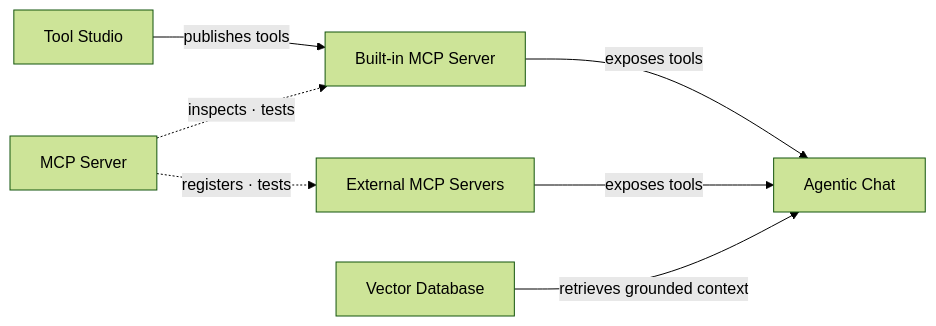
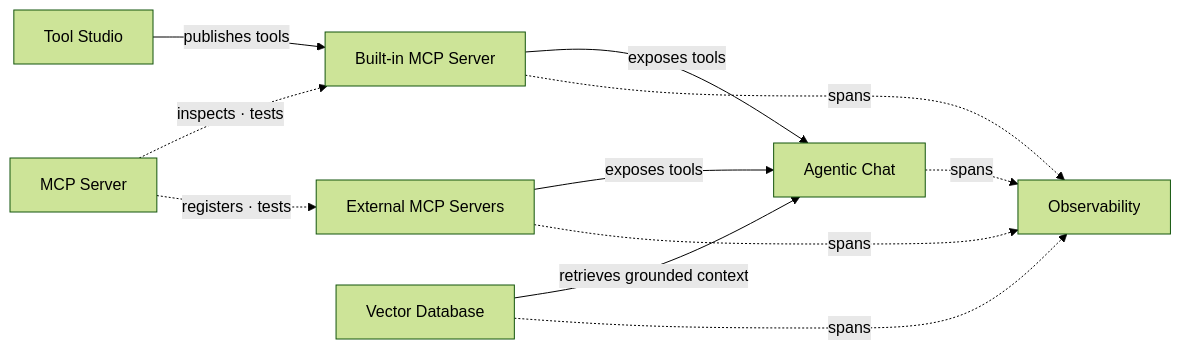
Before and after one commit to JM-Lab/spring-ai-playground: the first of 7 diagrams in docs/architecture.md, drawn with Mermaid (forest theme). The commit also changed other lines of this file and 254 other files, not shown here.

````diff
--- a/docs/architecture.md
+++ b/docs/architecture.md
@@ -88,16 +103,21 @@
 ```mermaid
 flowchart LR
     TS[Tool Studio]
     MCPV[MCP Server]
     BUILTIN[Built-in MCP Server]
     EXT[External MCP Servers]
     VDB[Vector Database]
     CHAT[Agentic Chat]
+    OBS[Observability]
 
     TS -- "publishes tools" --> BUILTIN
     MCPV -. "inspects · tests" .-> BUILTIN
     MCPV -. "registers · tests" .-> EXT
     BUILTIN -- "exposes tools" --> CHAT
     EXT -- "exposes tools" --> CHAT
     VDB -- "retrieves grounded context" --> CHAT
+    CHAT -. "spans" .-> OBS
+    BUILTIN -. "spans" .-> OBS
+    EXT -. "spans" .-> OBS
+    VDB -. "spans" .-> OBS
 ```
````
